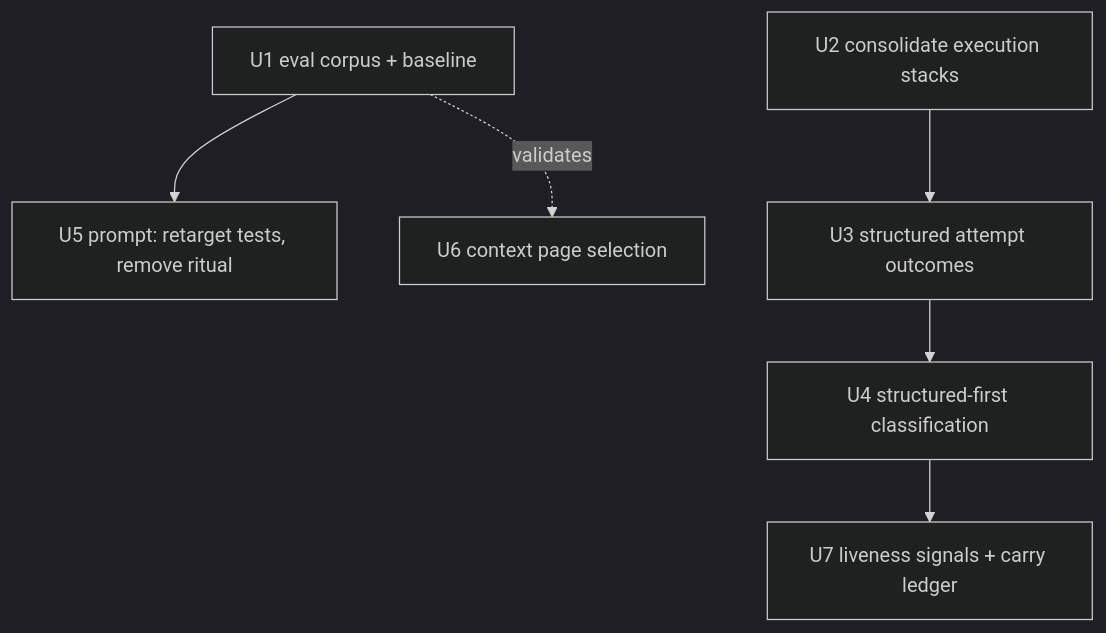
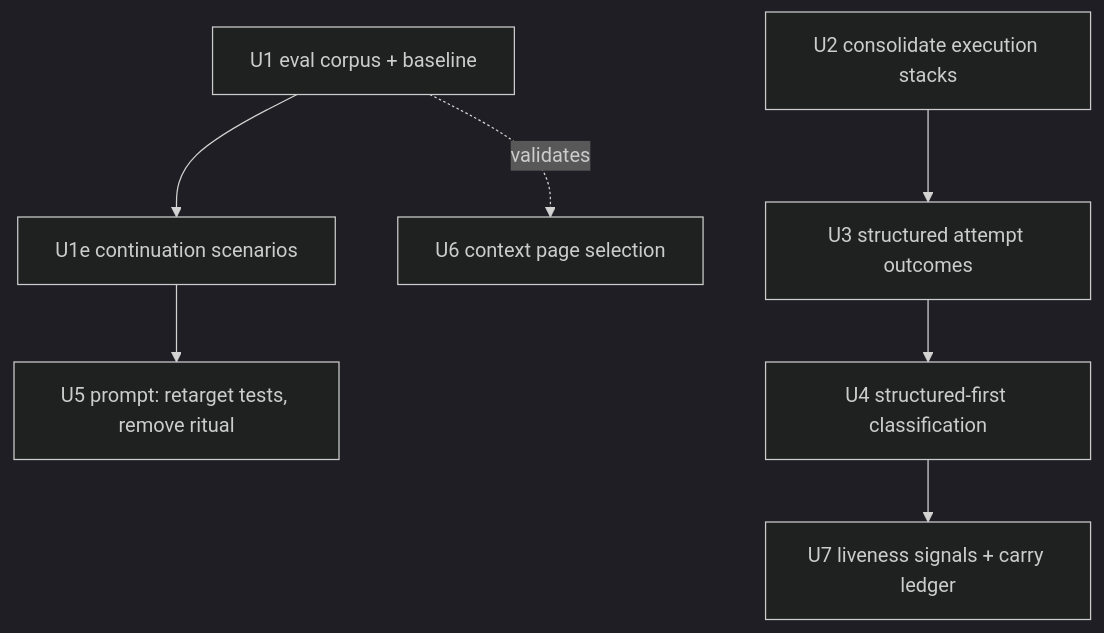
Before and after one commit to fro-bot/agent: the third of 3 diagrams in docs/plans/2026-08-07-001-refactor-bitter-lesson-harness-flexibility-plan.md, drawn with Mermaid (dark theme). The commit also changed other lines of this file and 29 other files, not shown here.

````diff
--- a/docs/plans/2026-08-07-001-refactor-bitter-lesson-harness-flexibility-plan.md
+++ b/docs/plans/2026-08-07-001-refactor-bitter-lesson-harness-flexibility-plan.md
@@ -170,8 +173,9 @@
 ```mermaid
 graph TB
-  U1[U1 eval corpus + baseline] --> U5[U5 prompt: retarget tests, remove ritual]
+  U1[U1 eval corpus + baseline] --> U1e[U1e continuation scenarios]
+  U1e --> U5[U5 prompt: retarget tests, remove ritual]
   U1 -.validates.-> U6[U6 context page selection]
   U2[U2 consolidate execution stacks] --> U3[U3 structured attempt outcomes]
   U3 --> U4[U4 structured-first classification]
   U4 --> U7[U7 liveness signals + carry ledger]
 ```
````
